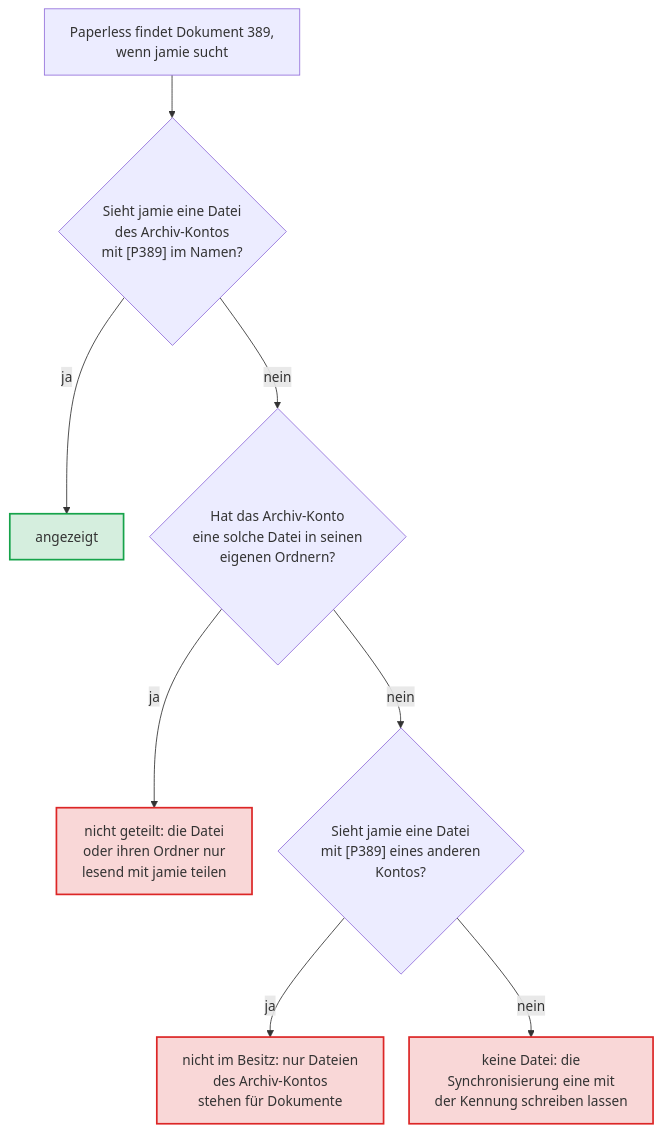
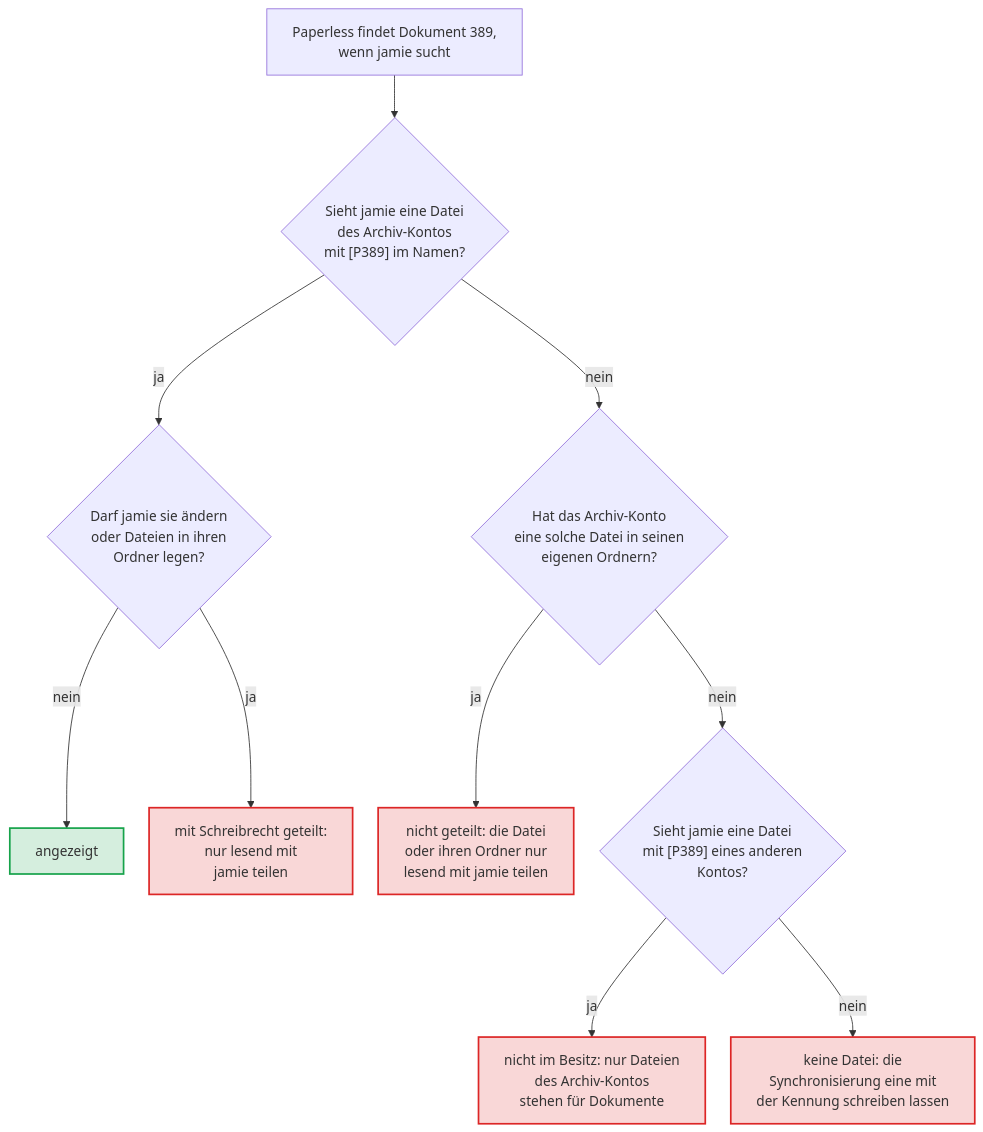
One commit to Dennis-Otto/paperless-unified-search changed the diagram in docs/diagrams/why-a-document-does-not-show.de.mmd. Above: the diagram before and after it, drawn with Mermaid. The commit also changed 60 other files, not shown here.

```diff
--- a/docs/diagrams/why-a-document-does-not-show.de.mmd
+++ b/docs/diagrams/why-a-document-does-not-show.de.mmd
@@ -1,22 +1,24 @@
 ---
 config:
   flowchart:
     wrappingWidth: 400
     nodeSpacing: 30
 ---
 flowchart TB
     accTitle: Warum ein Dokument nicht angezeigt wird
-    accDescr: Paperless findet Dokument 389, wenn jamie sucht, und occ paperless_unified_search:search jamie invoice --explain stellt nacheinander drei Fragen. Sieht jamie eine Datei des Archiv-Kontos mit [P389] im Namen? Dann wird das Dokument angezeigt. Sonst: Hat das Archiv-Konto eine solche Datei in seinen eigenen Ordnern? Dann ist sie nicht mit jamie geteilt, und die Datei oder ihren Ordner nur lesend mit jamie zu teilen, zeigt sie an. Sonst: Sieht jamie eine Datei mit der Kennung eines anderen Kontos? Dann gehört sie nicht dem Archiv-Konto, denn nur Dateien des Archiv-Kontos stehen für Dokumente. Sonst gibt es keine Datei, und die Synchronisierung muss erst eine mit der Kennung im Namen schreiben.
+    accDescr: Paperless findet Dokument 389, wenn jamie sucht, und occ paperless_unified_search:search jamie invoice --explain stellt nacheinander vier Fragen. Sieht jamie eine Datei des Archiv-Kontos mit [P389] im Namen? Dann wird das Dokument angezeigt, außer jamie darf diese Datei ändern oder Dateien in ihren Ordner legen: Dann ist sie mit Schreibrecht geteilt, denn jamie könnte sie so benannt haben, und sie nur lesend mit jamie zu teilen, zeigt sie an. Sonst: Hat das Archiv-Konto eine solche Datei in seinen eigenen Ordnern? Dann ist sie nicht mit jamie geteilt, und die Datei oder ihren Ordner nur lesend mit jamie zu teilen, zeigt sie an. Sonst: Sieht jamie eine Datei mit der Kennung eines anderen Kontos? Dann gehört sie nicht dem Archiv-Konto, denn nur Dateien des Archiv-Kontos stehen für Dokumente. Sonst gibt es keine Datei, und die Synchronisierung muss erst eine mit der Kennung im Namen schreiben.
 
     hit["Paperless findet Dokument 389,<br>wenn jamie sucht"] --> visible{"Sieht jamie eine Datei<br>des Archiv-Kontos<br>mit [P389] im Namen?"}
-    visible -- "ja" --> shown["angezeigt"]
+    visible -- "ja" --> writable{"Darf jamie sie ändern<br>oder Dateien in ihren<br>Ordner legen?"}
+    writable -- "nein" --> shown["angezeigt"]
+    writable -- "ja" --> written["mit Schreibrecht geteilt:<br>nur lesend mit<br>jamie teilen"]
     visible -- "nein" --> archived{"Hat das Archiv-Konto<br>eine solche Datei in seinen<br>eigenen Ordnern?"}
     archived -- "ja" --> unshared["nicht geteilt: die Datei<br>oder ihren Ordner nur<br>lesend mit jamie teilen"]
     archived -- "nein" --> other{"Sieht jamie eine Datei<br>mit [P389] eines anderen<br>Kontos?"}
     other -- "ja" --> unowned["nicht im Besitz: nur Dateien<br>des Archiv-Kontos<br>stehen für Dokumente"]
     other -- "nein" --> missing["keine Datei: die<br>Synchronisierung eine mit<br>der Kennung schreiben lassen"]
 
     classDef yes fill:#16a34a2e,stroke:#16a34a,stroke-width:2px
     classDef no fill:#dc26262e,stroke:#dc2626,stroke-width:2px
     class shown yes
-    class unshared,unowned,missing no
+    class written,unshared,unowned,missing no
```
